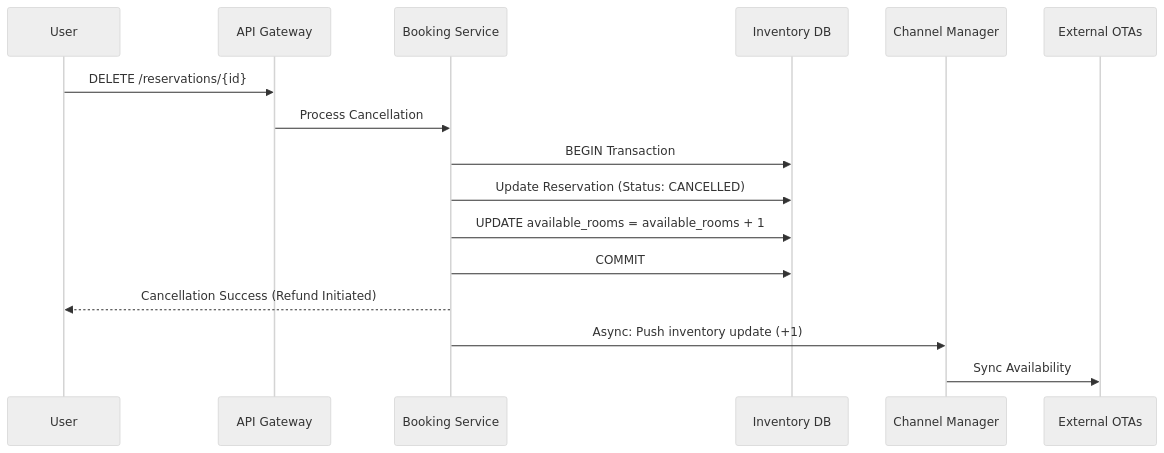
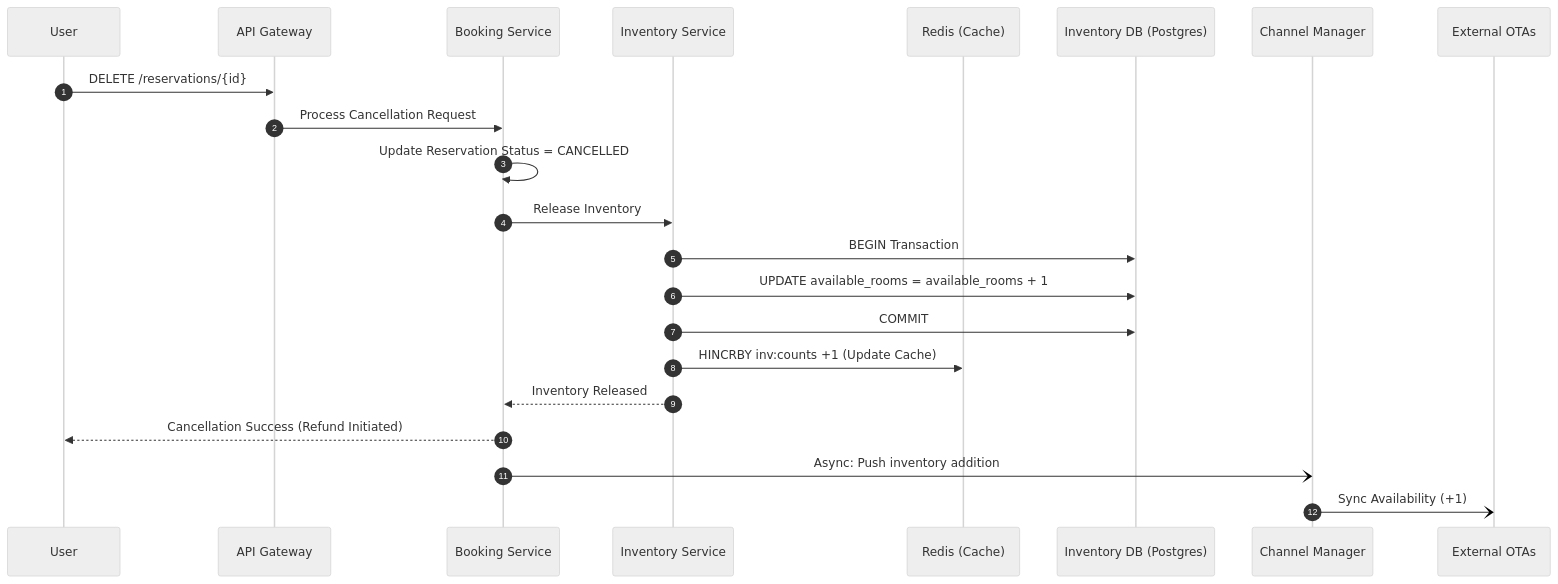
One commit to Goutam1511/Interview-Preparation changed the third of 4 diagrams in System Design HLD/Hotel Reservation Aggregator/HLD.md. Above: the diagram before and after it, drawn with Mermaid (neutral theme). The commit also changed other lines of this file, not shown here.

First line of the commit message:
Revise sequence diagrams and user journeys for booking

````diff
--- a/System Design HLD/Hotel Reservation Aggregator/HLD.md
+++ b/System Design HLD/Hotel Reservation Aggregator/HLD.md
@@ -558,21 +599,31 @@
 ```mermaid
 sequenceDiagram
+    autonumber
     participant User
     participant Gateway as API Gateway
     participant Booking as Booking Service
-    participant InvDB as Inventory DB
+    participant Inventory as Inventory Service
+    participant Redis as Redis (Cache)
+    participant InvDB as Inventory DB (Postgres)
     participant Channel as Channel Manager
 
     User->>Gateway: DELETE /reservations/{id}
-    Gateway->>Booking: Process Cancellation
+    Gateway->>Booking: Process Cancellation Request
     
-    Booking->>InvDB: BEGIN Transaction
-    Booking->>InvDB: Update Reservation (Status: CANCELLED)
-    Booking->>InvDB: UPDATE available_rooms = available_rooms + 1
-    Booking->>InvDB: COMMIT
+    %% State Update
+    Booking->>Booking: Update Reservation Status = CANCELLED
+    
+    %% Release Phase
+    Booking->>Inventory: Release Inventory
+    Inventory->>InvDB: BEGIN Transaction
+    Inventory->>InvDB: UPDATE available_rooms = available_rooms + 1
+    Inventory->>InvDB: COMMIT
+    
+    Inventory->>Redis: HINCRBY inv:counts +1 (Update Cache)
+    Inventory-->>Booking: Inventory Released
     
     Booking-->>User: Cancellation Success (Refund Initiated)
     
-    Booking->>Channel: Async: Push inventory update (+1)
-    Channel->>External OTAs: Sync Availability
+    Booking-)Channel: Async: Push inventory addition
+    Channel-)External OTAs: Sync Availability (+1)
 ```
````
